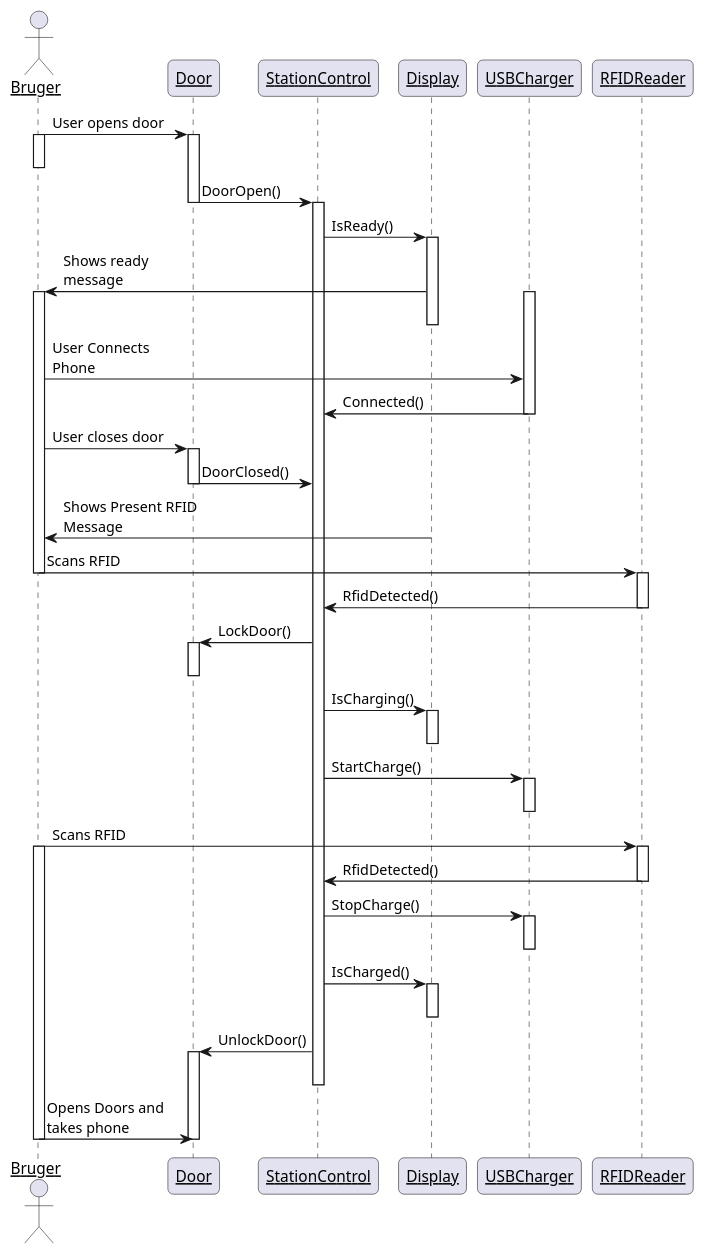
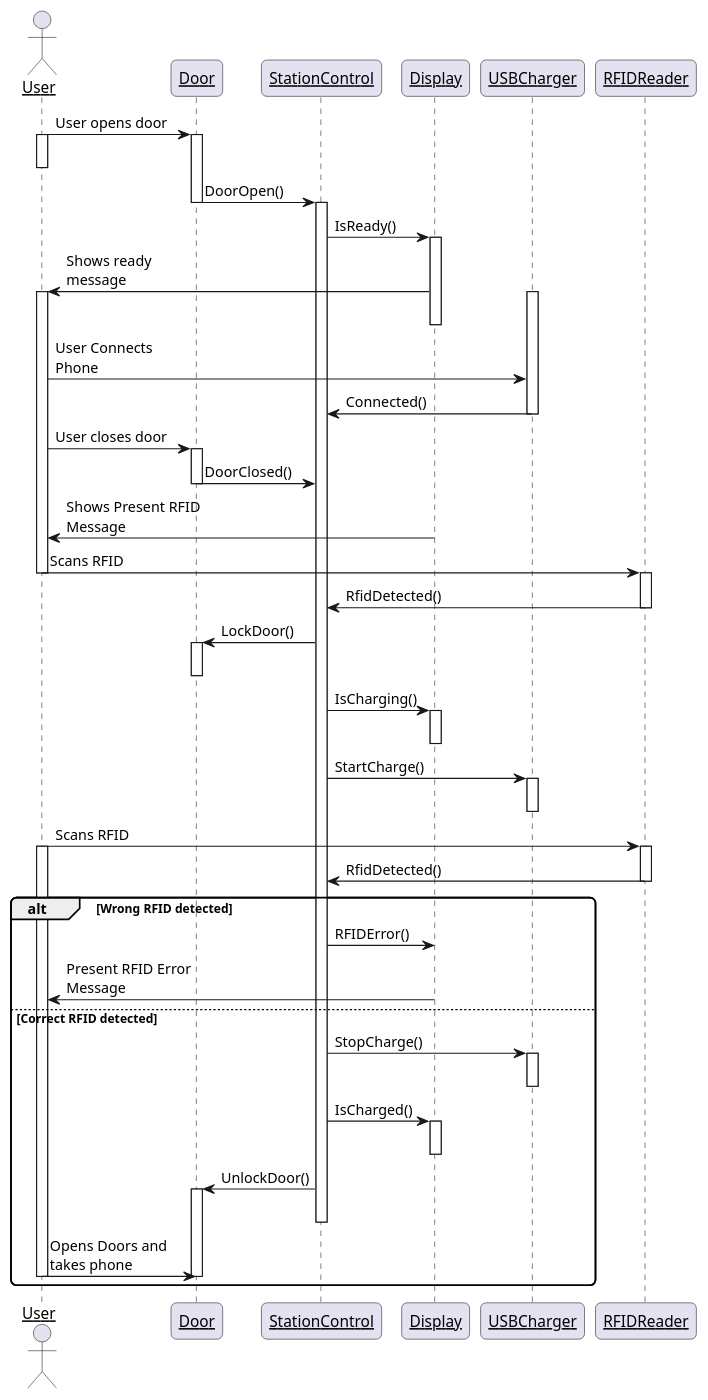
Before and after one commit to tobiasholmdk/SWT_Aflevering2_NEW: the diagram in LadeskabSWT/SekvensDiagram.puml, drawn with PlantUML. The commit also changed 3 other files, not shown here.

```diff
--- a/LadeskabSWT/SekvensDiagram.puml
+++ b/LadeskabSWT/SekvensDiagram.puml
@@ -1,61 +1,70 @@
 @startuml
-actor Bruger
+actor User
 skinparam sequenceArrowThickness 1
 skinparam roundcorner 10
 skinparam maxmessagesize 125
 skinparam sequenceParticipant underline
 
-Bruger -> Door: User opens door
-Activate Bruger
-deActivate Bruger
+User -> Door: User opens door
+Activate User
+deActivate User
 Activate Door
 Door -> StationControl: DoorOpen()
 deactivate Door
 Activate StationControl
 StationControl -> Display: IsReady()
 Activate Display
-Display -> Bruger: Shows ready message
-Activate Bruger
+Display -> User: Shows ready message
+Activate User
 deactivate Display
 Activate USBCharger
-Bruger -> USBCharger: User Connects Phone
+User -> USBCharger: User Connects Phone
 USBCharger -> StationControl: Connected()
 deactivate USBCharger
-Bruger -> Door: User closes door
+User -> Door: User closes door
 Activate Door
 Door -> StationControl: DoorClosed()
 deactivate Door
-Display -> Bruger: Shows Present RFID Message
-Bruger -> RFIDReader: Scans RFID
-Deactivate Bruger
+Display -> User: Shows Present RFID Message
+User -> RFIDReader: Scans RFID
+Deactivate User
 Activate RFIDReader
 RFIDReader -> StationControl: RfidDetected()
 deactivate RFIDReader
 StationControl -> Door: LockDoor()
 Activate Door
 deactivate Door
 StationControl -> Display: IsCharging()
 Activate Display
 deactivate Display
 StationControl -> USBCharger: StartCharge()
 Activate USBCharger
 deactivate USBCharger
-Bruger -> RFIDReader: Scans RFID
-Activate Bruger
+
+User -> RFIDReader: Scans RFID
+
+Activate User
+
 Activate RFIDReader
+
 RFIDReader -> StationControl: RfidDetected()
+alt Wrong RFID detected
 deactivate RFIDReader
+StationControl -> Display: RFIDError()
+Display -> User: Present RFID Error Message
+else Correct RFID detected
 StationControl -> USBCharger: StopCharge()
 Activate USBCharger
 deactivate USBCharger
 StationControl -> Display: IsCharged()
 activate Display
 deactivate Display
 StationControl -> Door: UnlockDoor()
 Activate Door
 deactivate StationControl
-Bruger -> Door: Opens Doors and takes phone
+User -> Door: Opens Doors and takes phone
+
 deactivate Door
-deactivate Bruger
-
+deactivate User
+end
 @enduml
```
